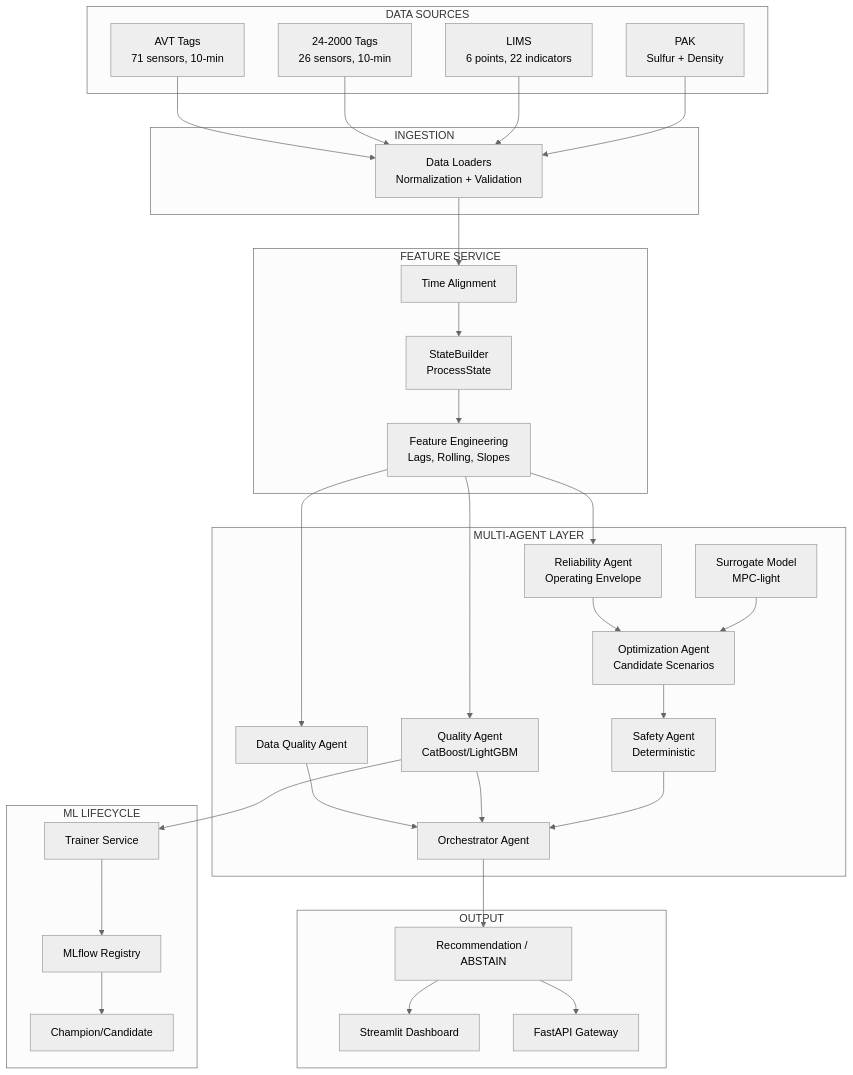
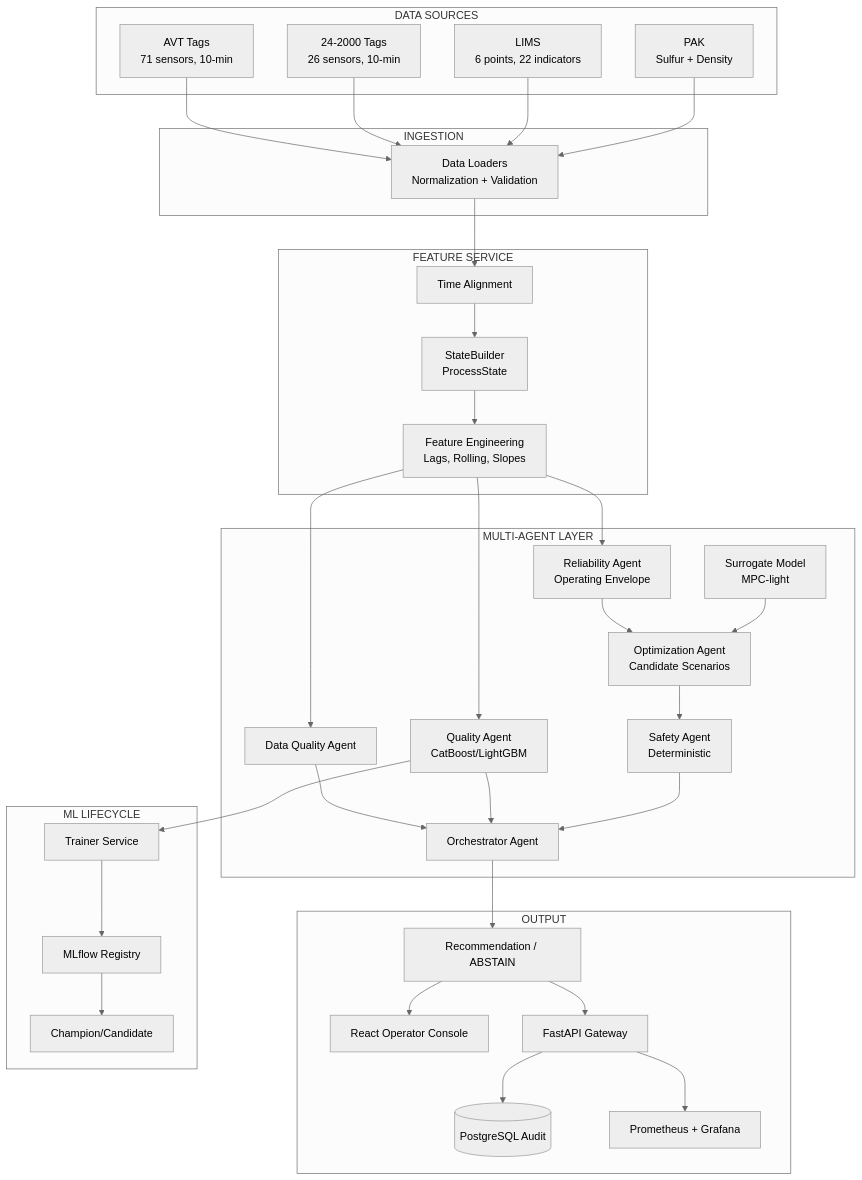
Before and after one commit to falexsun/NEFTEKOD2026: the diagram in README.md, drawn with Mermaid (neutral theme). The commit also changed other lines of this file and 106 other files, not shown here.

Commit message:
feat: productionize operator console and Q21 shadow pipeline

````diff
--- a/README.md
+++ b/README.md
@@ -8,68 +8,72 @@
 ```mermaid
 graph TD
     subgraph "DATA SOURCES"
         AVT[AVT Tags<br/>71 sensors, 10-min]
         U24[24-2000 Tags<br/>26 sensors, 10-min]
         LIMS[LIMS<br/>6 points, 22 indicators]
         PAK[PAK<br/>Sulfur + Density]
     end
 
     subgraph "INGESTION"
         LOAD[Data Loaders<br/>Normalization + Validation]
     end
 
     subgraph "FEATURE SERVICE"
         ALIGN[Time Alignment]
         STATE[StateBuilder<br/>ProcessState]
         FEAT[Feature Engineering<br/>Lags, Rolling, Slopes]
     end
 
     subgraph "MULTI-AGENT LAYER"
         DQ[Data Quality Agent]
         QA[Quality Agent<br/>CatBoost/LightGBM]
         RA[Reliability Agent<br/>Operating Envelope]
         SUR[Surrogate Model<br/>MPC-light]
         OPT[Optimization Agent<br/>Candidate Scenarios]
         SAFETY[Safety Agent<br/>Deterministic]
         ORCH[Orchestrator Agent]
     end
 
     subgraph "OUTPUT"
         REC[Recommendation / ABSTAIN]
-        DASH[Streamlit Dashboard]
+        DASH[React Operator Console]
         API[FastAPI Gateway]
+        AUDIT[(PostgreSQL Audit)]
+        OBS[Prometheus + Grafana]
     end
 
     subgraph "ML LIFECYCLE"
         TRAINER[Trainer Service]
         MLFLOW[MLflow Registry]
         PROMOTE[Champion/Candidate]
     end
 
     AVT --> LOAD
     U24 --> LOAD
     LIMS --> LOAD
     PAK --> LOAD
 
     LOAD --> ALIGN
     ALIGN --> STATE
     STATE --> FEAT
     FEAT --> DQ
     FEAT --> QA
     FEAT --> RA
 
     DQ --> ORCH
     QA --> ORCH
     RA --> OPT
     SUR --> OPT
     OPT --> SAFETY
     SAFETY --> ORCH
     ORCH --> REC
 
     REC --> DASH
     REC --> API
+    API --> AUDIT
+    API --> OBS
 
     QA --> TRAINER
     TRAINER --> MLFLOW
     MLFLOW --> PROMOTE
 ```
````
